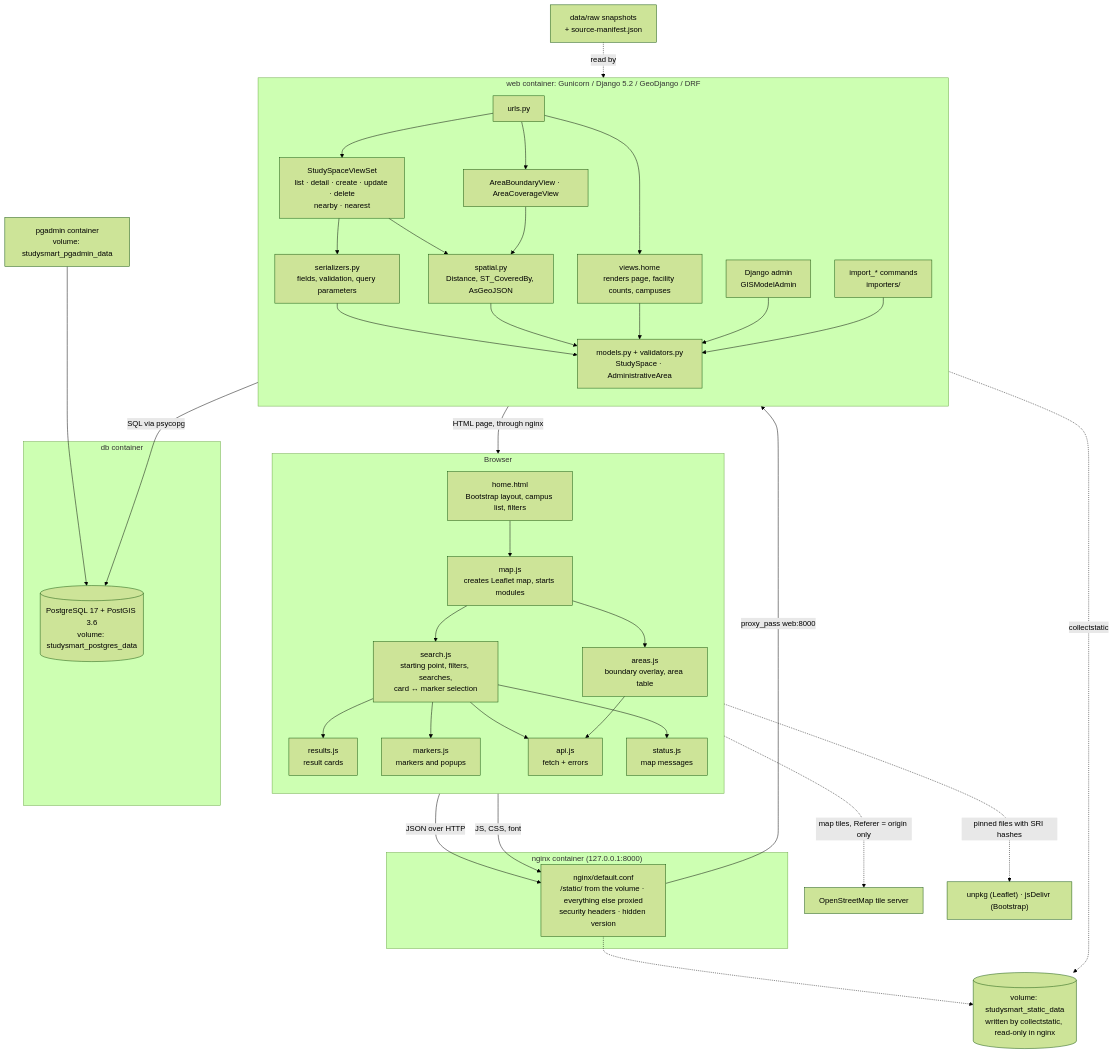
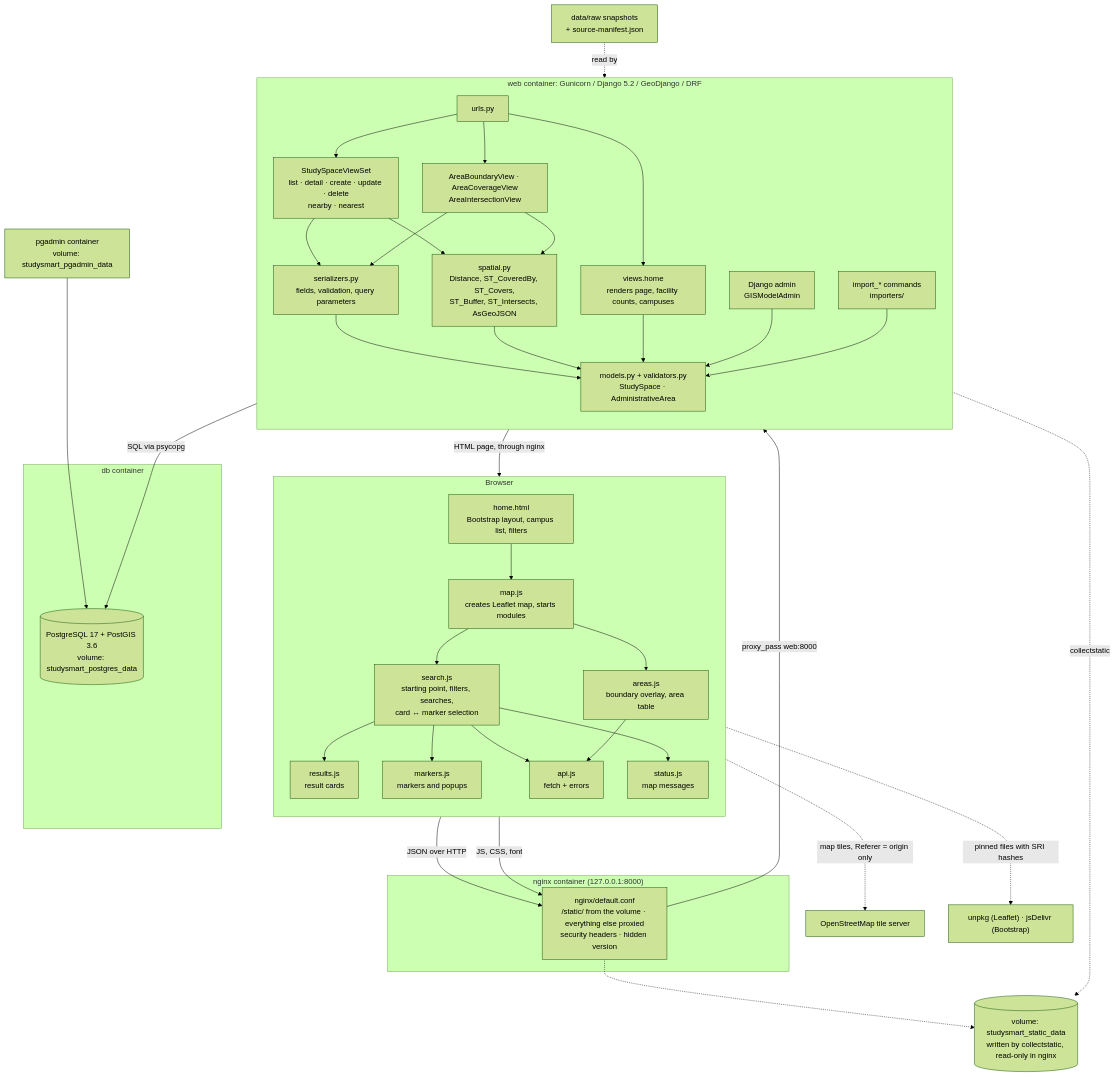
One commit to sayoowolabi/studysmart changed the first of 2 diagrams in docs/architecture.md. Above: the diagram before and after it, drawn with Mermaid (forest theme). The commit also changed other lines of this file and 13 other files, not shown here.

First line of the commit message:
feat: add buffer and intersection queries for the areas around a search

````diff
--- a/docs/architecture.md
+++ b/docs/architecture.md
@@ -7,61 +7,61 @@
 ```mermaid
 flowchart TB
     subgraph Browser["Browser"]
         direction TB
         Page["home.html<br/>Bootstrap layout, campus list, filters"]
         Main["map.js<br/>creates Leaflet map, starts modules"]
         Search["search.js<br/>starting point, filters, searches,<br/>card ↔ marker selection"]
         Results["results.js<br/>result cards"]
         Markers["markers.js<br/>markers and popups"]
         Areas["areas.js<br/>boundary overlay, area table"]
         Api["api.js<br/>fetch + errors"]
         Status["status.js<br/>map messages"]
         Page --> Main --> Search & Areas
         Search --> Results & Markers & Api & Status
         Areas --> Api
     end
 
     subgraph NginxContainer["nginx container (127.0.0.1:8000)"]
         Nginx["nginx/default.conf<br/>/static/ from the volume · everything else proxied<br/>security headers · hidden version"]
     end
 
     StaticVolume[("volume: studysmart_static_data<br/>written by collectstatic, read-only in nginx")]
 
     subgraph WebContainer["web container: Gunicorn / Django 5.2 / GeoDjango / DRF"]
         direction TB
         Urls["urls.py"]
         Home["views.home<br/>renders page, facility counts, campuses"]
         ViewSet["StudySpaceViewSet<br/>list · detail · create · update · delete<br/>nearby · nearest"]
-        AreaViews["AreaBoundaryView · AreaCoverageView"]
+        AreaViews["AreaBoundaryView · AreaCoverageView<br/>AreaIntersectionView"]
         Serializers["serializers.py<br/>fields, validation, query parameters"]
-        Spatial["spatial.py<br/>Distance, ST_CoveredBy, AsGeoJSON"]
+        Spatial["spatial.py<br/>Distance, ST_CoveredBy, ST_Covers,<br/>ST_Buffer, ST_Intersects, AsGeoJSON"]
         Models["models.py + validators.py<br/>StudySpace · AdministrativeArea"]
         Admin["Django admin<br/>GISModelAdmin"]
         Import["import_* commands<br/>importers/"]
         Urls --> Home & ViewSet & AreaViews
         ViewSet --> Serializers & Spatial
-        AreaViews --> Spatial
+        AreaViews --> Serializers & Spatial
         Serializers & Spatial & Home & Admin & Import --> Models
     end
 
     subgraph DbContainer["db container"]
         PostGIS[("PostgreSQL 17 + PostGIS 3.6<br/>volume: studysmart_postgres_data")]
     end
 
     PgAdmin["pgadmin container<br/>volume: studysmart_pgadmin_data"]
     Tiles["OpenStreetMap tile server"]
     CDN["unpkg (Leaflet) · jsDelivr (Bootstrap)"]
     Snapshots["data/raw snapshots<br/>+ source-manifest.json"]
 
     Api -->|"JSON over HTTP"| Nginx
     Page -->|"JS, CSS, font"| Nginx
     Nginx -->|"proxy_pass web:8000"| Urls
     Nginx -.-> StaticVolume
     WebContainer -.->|"collectstatic"| StaticVolume
     Home -->|"HTML page, through nginx"| Page
     Models -->|"SQL via psycopg"| PostGIS
     PgAdmin --> PostGIS
     Main -.->|"map tiles, Referer = origin only"| Tiles
     Page -.->|"pinned files with SRI hashes"| CDN
     Snapshots -.->|"read by"| Import
 ```
````
